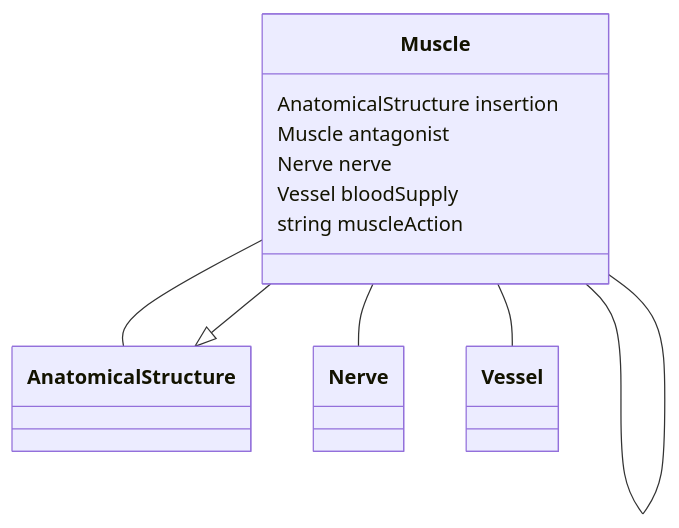
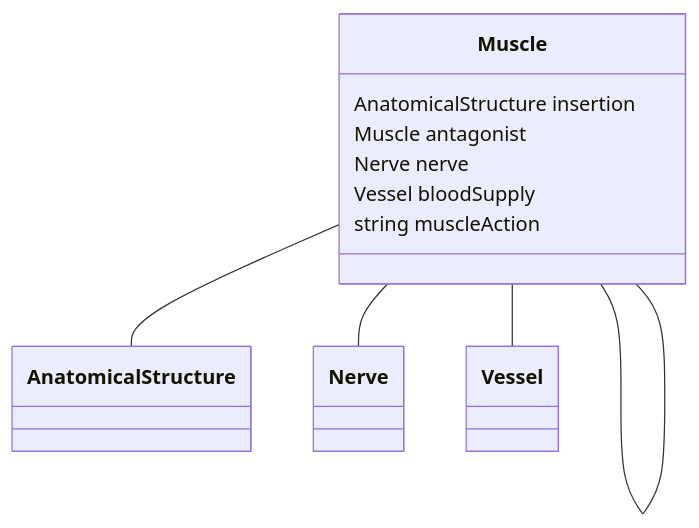
Before and after one commit to codexstanford/Insurance-Payout-Ontology: the diagram in datamodel-build/mermaid/Muscle.mmd, drawn with Mermaid. The commit also changed 1883 other files, not shown here.

Commit message:
better handling of multi inheritance in mermaid. Accelerate Mermaid. Refactror doc menu to better handle lot of items

```diff
--- a/datamodel-build/mermaid/Muscle.mmd
+++ b/datamodel-build/mermaid/Muscle.mmd
@@ -1,17 +1,16 @@
 classDiagram
   Muscle -- AnatomicalStructure
-Muscle -- Muscle
-Muscle -- Nerve
-Muscle -- Vessel
+  Muscle -- Muscle
+  Muscle -- Nerve
+  Muscle -- Vessel
 
 
-AnatomicalStructure <|-- Muscle
 class Muscle {
 
   AnatomicalStructure insertion
   Muscle antagonist
   Nerve nerve
   Vessel bloodSupply
   string muscleAction
 
-}
+ }
```
